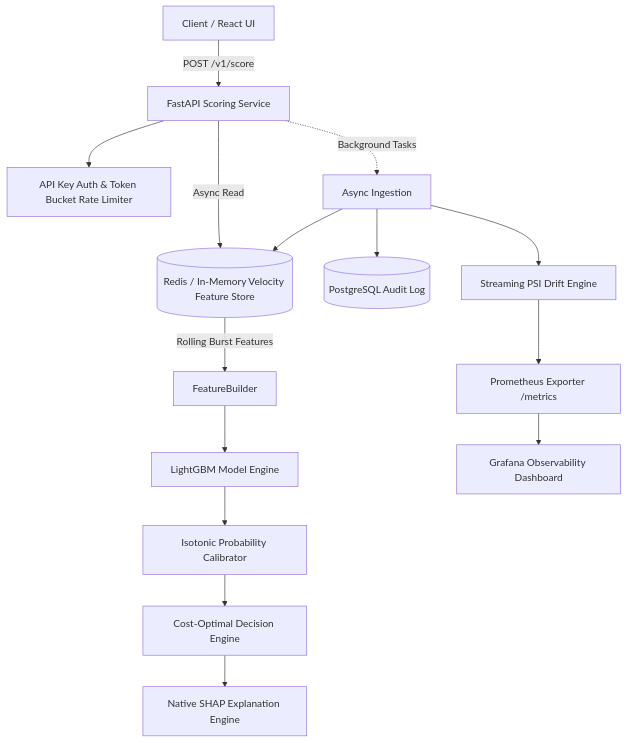
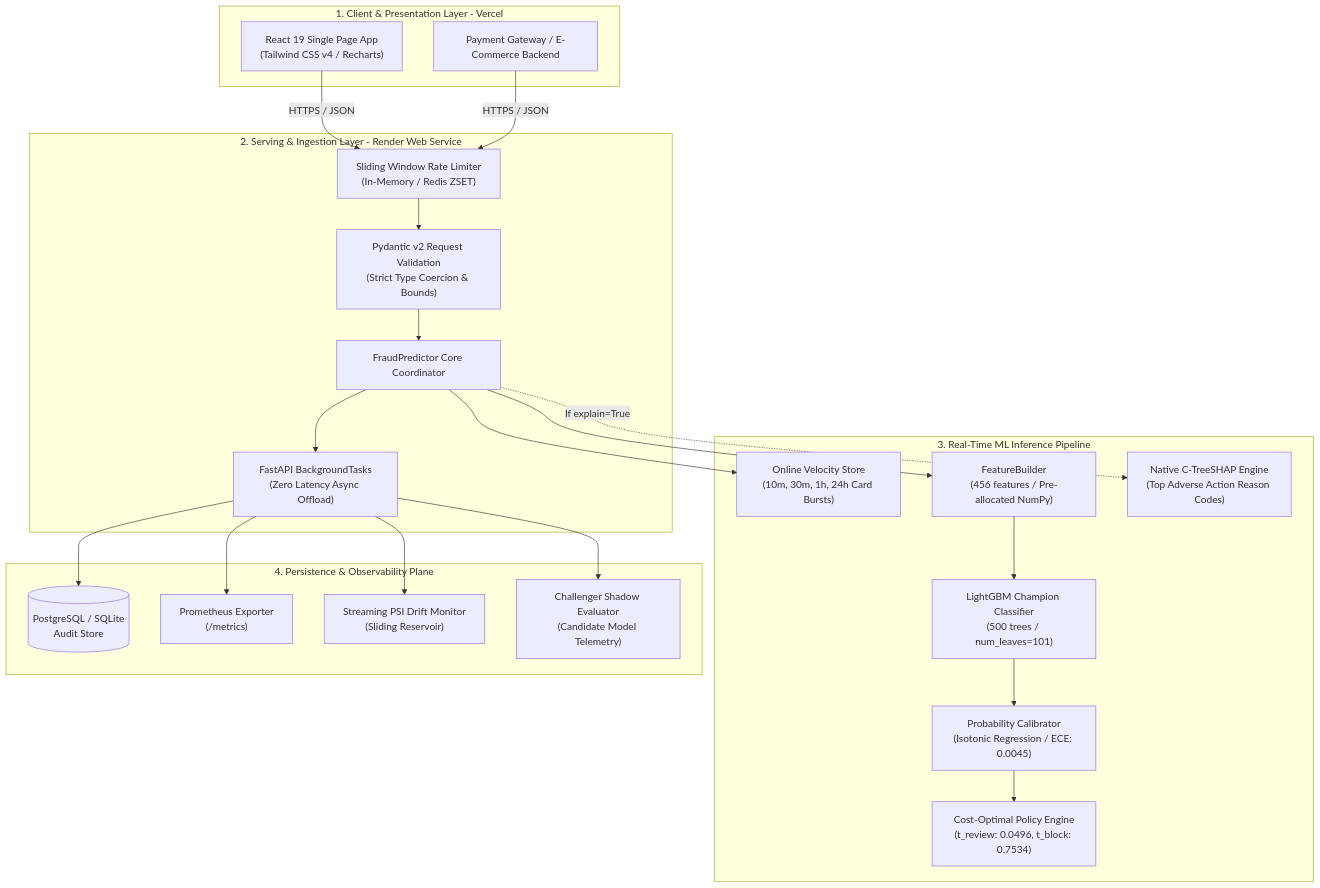
Before and after one commit to AshokSingodia-Codes/fraud-scoring-service: the first of 2 diagrams in README.md, drawn with Mermaid. The commit also changed other lines of this file and 12 other files, not shown here.

Commit message:
feat: streamline transaction viewing, remove auth barriers, and add architecture docs

````diff
--- a/README.md
+++ b/README.md
@@ -26,17 +30,42 @@
 ```mermaid
 flowchart TD
-    Client[Client / React UI] -->|POST /v1/score| API[FastAPI Scoring Service]
-    API --> Auth[API Key Auth & Token Bucket Rate Limiter]
-    API -->|Async Read| VStore[(Redis / In-Memory Velocity Feature Store)]
-    VStore -->|Rolling Burst Features| FB[FeatureBuilder]
-    FB --> LGBM[LightGBM Model Engine]
-    LGBM --> Calib[Isotonic Probability Calibrator]
-    Calib --> Thresh[Cost-Optimal Decision Engine]
-    Thresh --> SHAP[Native SHAP Explanation Engine]
-    API -.->|Background Tasks| Ingest[Async Ingestion]
-    Ingest --> DB[(PostgreSQL Audit Log)]
-    Ingest --> VStore
-    Ingest --> Drift[Streaming PSI Drift Engine]
-    Drift --> Prom[Prometheus Exporter /metrics]
-    Prom --> Grafana[Grafana Observability Dashboard]
+    subgraph ClientLayer [1. Client & Presentation Layer - Vercel]
+        UI["React 19 Single Page App<br/>(Tailwind CSS v4 / Recharts)"]
+        Gateway["Payment Gateway / E-Commerce Backend"]
+    end
+
+    subgraph APILayer [2. Serving & Ingestion Layer - Render Web Service]
+        RateLimiter["Sliding Window Rate Limiter<br/>(In-Memory / Redis ZSET)"]
+        Val["Pydantic v2 Request Validation<br/>(Strict Type Coercion & Bounds)"]
+        Predictor["FraudPredictor Core Coordinator"]
+        BG["FastAPI BackgroundTasks<br/>(Zero Latency Async Offload)"]
+    end
+
+    subgraph MLEngine [3. Real-Time ML Inference Pipeline]
+        VStore["Online Velocity Store<br/>(10m, 30m, 1h, 24h Card Bursts)"]
+        FB["FeatureBuilder<br/>(456 features / Pre-allocated NumPy)"]
+        LGBM["LightGBM Champion Classifier<br/>(500 trees / num_leaves=101)"]
+        Cal["Probability Calibrator<br/>(Isotonic Regression / ECE: 0.0045)"]
+        Policy["Cost-Optimal Policy Engine<br/>(t_review: 0.0496, t_block: 0.7534)"]
+        SHAP["Native C-TreeSHAP Engine<br/>(Top Adverse Action Reason Codes)"]
+    end
+
+    subgraph ObservabilityAudit [4. Persistence & Observability Plane]
+        DB[("PostgreSQL / SQLite<br/>Audit Store")]
+        Prom["Prometheus Exporter<br/>(/metrics)"]
+        Drift["Streaming PSI Drift Monitor<br/>(Sliding Reservoir)"]
+        Shadow["Challenger Shadow Evaluator<br/>(Candidate Model Telemetry)"]
+    end
+
+    UI -->|HTTPS / JSON| RateLimiter
+    Gateway -->|HTTPS / JSON| RateLimiter
+    RateLimiter --> Val --> Predictor
+    Predictor --> VStore
+    Predictor --> FB --> LGBM --> Cal --> Policy
+    Predictor -.->|If explain=True| SHAP
+    Predictor --> BG
+    BG --> DB
+    BG --> Prom
+    BG --> Drift
+    BG --> Shadow
 ```
````
